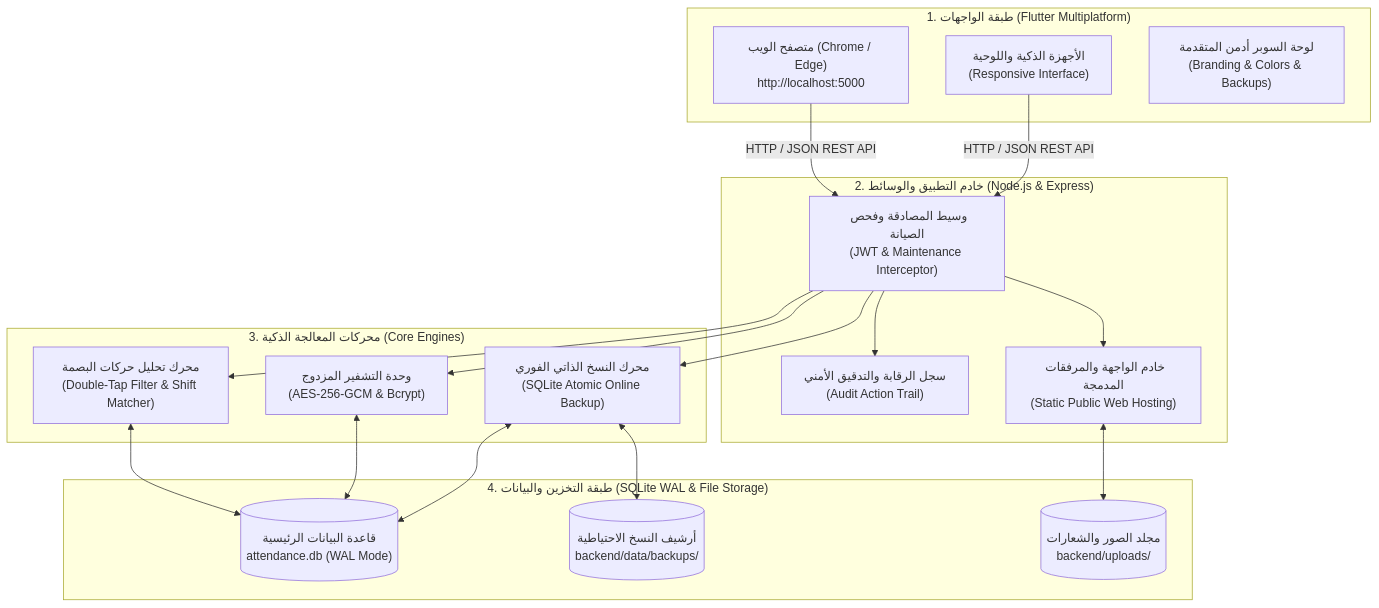
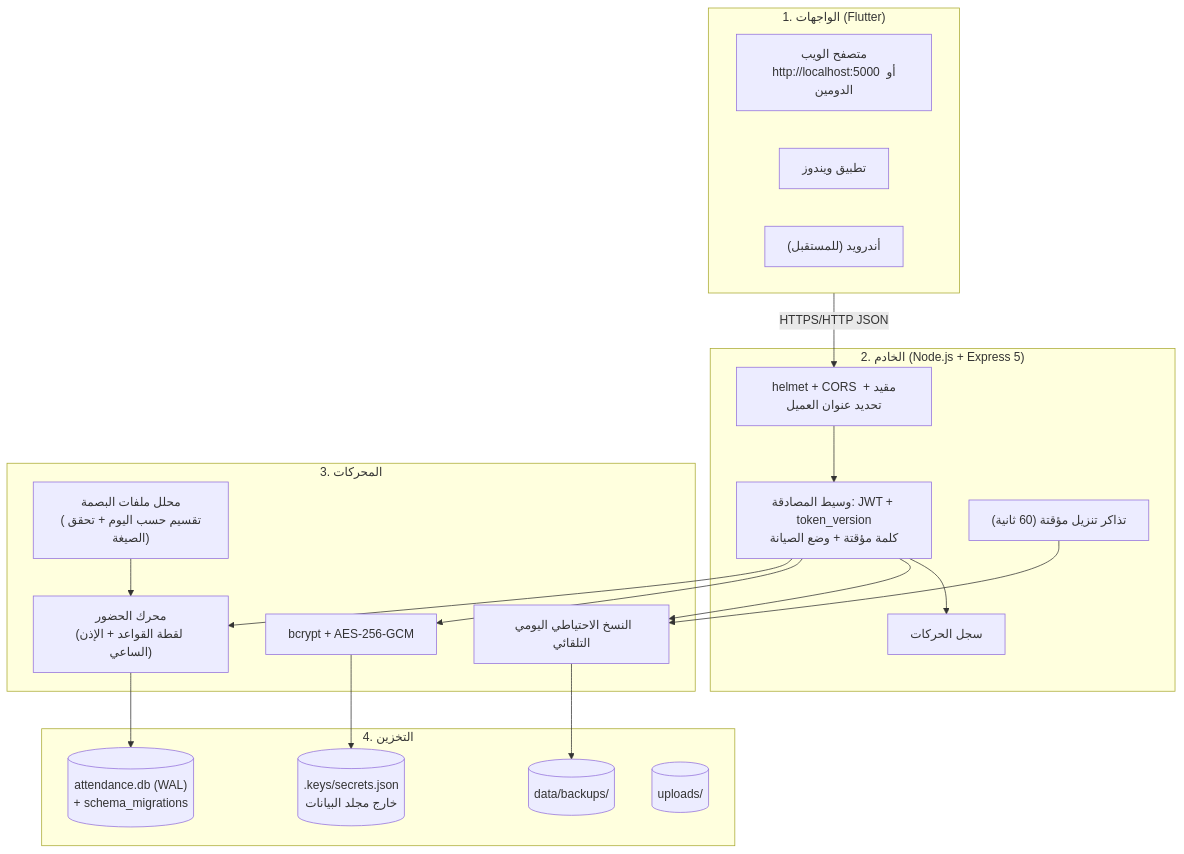
The diagram in خطط/المرجع_الشامل_والدليل_التشغيلي_المعتمد.md (Speed3d/EmployeeNOCI), drawn with Mermaid before and after one commit. The commit also changed other lines of this file and 15 other files, not shown here.

````diff
--- a/خطط/المرجع_الشامل_والدليل_التشغيلي_المعتمد.md
+++ b/خطط/المرجع_الشامل_والدليل_التشغيلي_المعتمد.md
@@ -43,40 +43,36 @@
 ```mermaid
 flowchart TD
-    subgraph ClientLayer ["1. طبقة الواجهات (Flutter Multiplatform)"]
-        WebUI["متصفح الويب (Chrome / Edge)\nhttp://localhost:5000"]
-        MobileUI["الأجهزة الذكية واللوحية\n(Responsive Interface)"]
-        AdminSettings["لوحة السوبر أدمن المتقدمة\n(Branding & Colors & Backups)"]
+    subgraph Client ["1. الواجهات (Flutter)"]
+        Web["متصفح الويب\nhttp://localhost:5000 أو الدومين"]
+        Desktop["تطبيق ويندوز"]
+        Mobile["أندرويد (للمستقبل)"]
     end
 
-    subgraph GatewayLayer ["2. خادم التطبيق والوسائط (Node.js & Express)"]
-        AuthMid["وسيط المصادقة وفحص الصيانة\n(JWT & Maintenance Interceptor)"]
-        AuditLogger["سجل الرقابة والتدقيق الأمني\n(Audit Action Trail)"]
-        StaticServer["خادم الواجهة والمرفقات المدمجة\n(Static Public Web Hosting)"]
+    subgraph Gateway ["2. الخادم (Node.js + Express 5)"]
+        Sec["helmet + CORS مقيد + تحديد عنوان العميل"]
+        Auth["وسيط المصادقة: JWT + token_version\nكلمة مؤقتة + وضع الصيانة"]
+        Ticket["تذاكر تنزيل مؤقتة (60 ثانية)"]
+        Audit["سجل الحركات"]
     end
 
-    subgraph EngineLayer ["3. محركات المعالجة الذكية (Core Engines)"]
-        BioEngine["محرك تحليل حركات البصمة\n(Double-Tap Filter & Shift Matcher)"]
-        CryptoEngine["وحدة التشفير المزدوج\n(AES-256-GCM & Bcrypt)"]
-        BackupEngine["محرك النسخ الذاتي الفوري\n(SQLite Atomic Online Backup)"]
+    subgraph Engines ["3. المحركات"]
+        Parser["محلل ملفات البصمة\n(تقسيم حسب اليوم + تحقق الصيغة)"]
+        Engine["محرك الحضور\n(لقطة القواعد + الإذن الساعي)"]
+        Crypto["bcrypt + AES-256-GCM"]
+        Backup["النسخ الاحتياطي اليومي التلقائي"]
     end
 
-    subgraph DataLayer ["4. طبقة التخزين والبيانات (SQLite WAL & File Storage)"]
-        MainDB[("قاعدة البيانات الرئيسية\nattendance.db (WAL Mode)")]
-        LocalBackups[("أرشيف النسخ الاحتياطية\nbackend/data/backups/")]
-        UploadsDir[("مجلد الصور والشعارات\nbackend/uploads/")]
+    subgraph Data ["4. التخزين"]
+        DB[("attendance.db (WAL)\n+ schema_migrations")]
+        Backups[("data/backups/")]
+        Keys[(".keys/secrets.json\nخارج مجلد البيانات")]
+        Uploads[("uploads/")]
     end
 
-    WebUI -->|HTTP / JSON REST API| AuthMid
-    MobileUI -->|HTTP / JSON REST API| AuthMid
-    AuthMid --> AuditLogger
-    AuthMid --> StaticServer
-    AuthMid --> BioEngine
-    AuthMid --> CryptoEngine
-    AuthMid --> BackupEngine
-
-    BioEngine <--> MainDB
-    CryptoEngine <--> MainDB
-    BackupEngine <--> MainDB
-    BackupEngine <--> LocalBackups
-    StaticServer <--> UploadsDir
+    Client -->|HTTPS/HTTP JSON| Sec --> Auth
+    Auth --> Engine & Crypto & Backup & Audit
+    Ticket --> Backup
+    Parser --> Engine --> DB
+    Crypto --> Keys
+    Backup --> Backups
 ```
````
